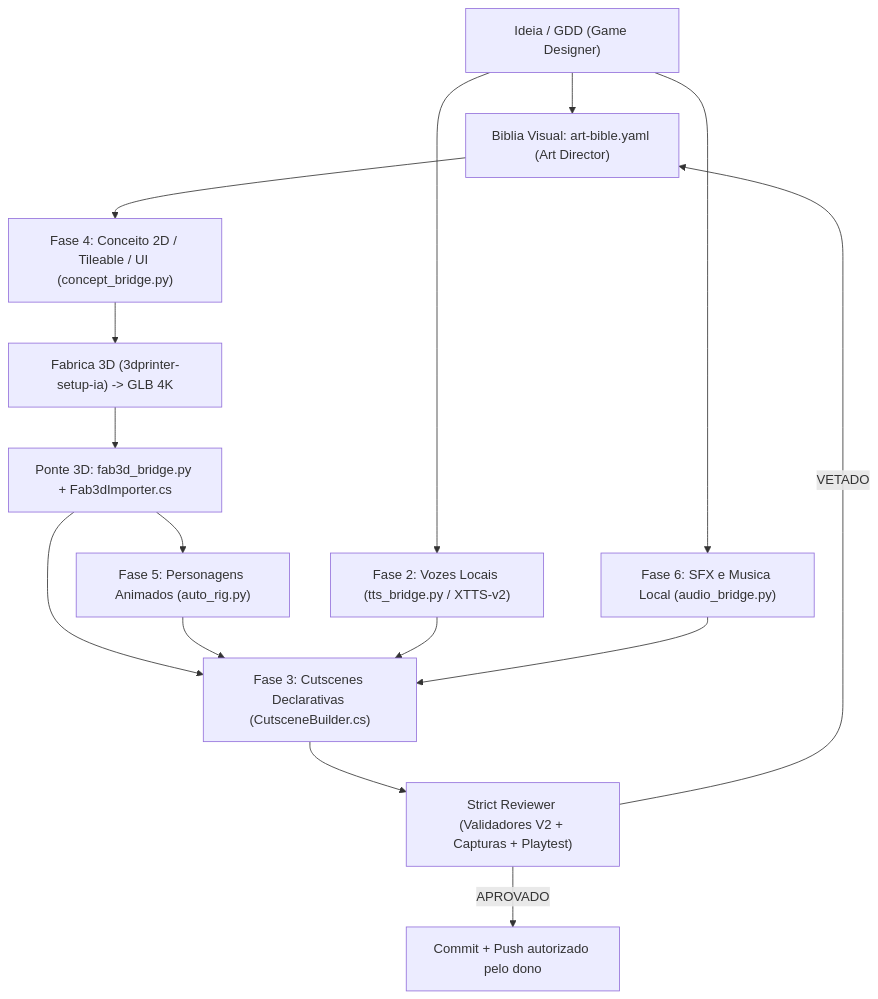
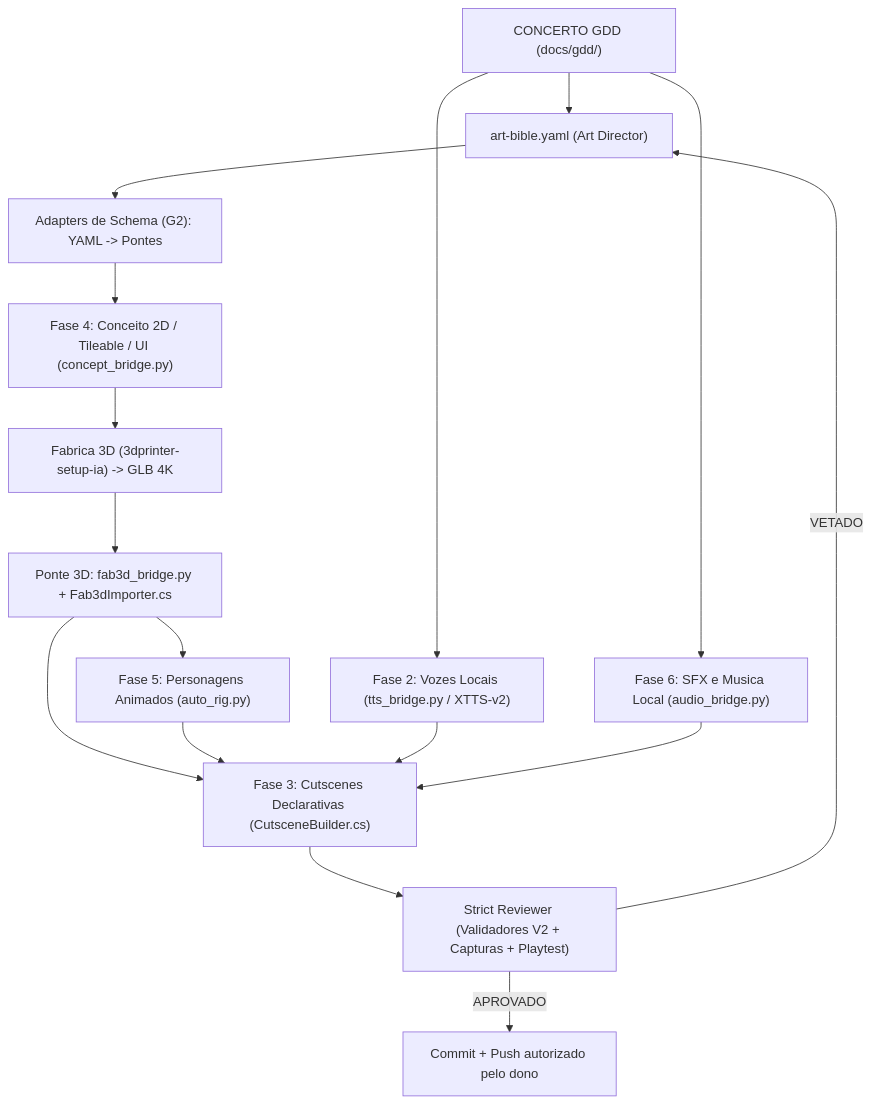
The diagram in docs/plan/studio-v2-master-plan.md (brunomrtns/gamedev-setup-ia), drawn with Mermaid before and after one commit. The commit also changed other lines of this file and 4 other files, not shown here.

Commit message:
docs(plan): Plano Mestre v2.0 (CONCERTO + adapters G2 + anti-overclaim + LFS evidence)

````diff
--- a/docs/plan/studio-v2-master-plan.md
+++ b/docs/plan/studio-v2-master-plan.md
@@ -10,17 +15,18 @@
 ```mermaid
 flowchart TD
-    GDD["Ideia / GDD (Game Designer)"] --> Bible["Biblia Visual: art-bible.yaml (Art Director)"]
-    Bible --> C2D["Fase 4: Conceito 2D / Tileable / UI (concept_bridge.py)"]
+    GDD["CONCERTO GDD (docs/gdd/)"] --> Bible["art-bible.yaml (Art Director)"]
+    Bible --> Adapt["Adapters de Schema (G2): YAML -> Pontes"]
+    Adapt --> C2D["Fase 4: Conceito 2D / Tileable / UI (concept_bridge.py)"]
     C2D --> Fab3D["Fabrica 3D (3dprinter-setup-ia) -> GLB 4K"]
     Fab3D --> Bridge3D["Ponte 3D: fab3d_bridge.py + Fab3dImporter.cs"]
     Bridge3D --> Rig["Fase 5: Personagens Animados (auto_rig.py)"]
     GDD --> TTS["Fase 2: Vozes Locais (tts_bridge.py / XTTS-v2)"]
     GDD --> SFX["Fase 6: SFX e Musica Local (audio_bridge.py)"]
     Bridge3D --> Cut["Fase 3: Cutscenes Declarativas (CutsceneBuilder.cs)"]
     Rig --> Cut
     TTS --> Cut
     SFX --> Cut
     Cut --> QA["Strict Reviewer (Validadores V2 + Capturas + Playtest)"]
     QA -->|"APROVADO"| Merge["Commit + Push autorizado pelo dono"]
     QA -->|"VETADO"| Bible
 ```
````
